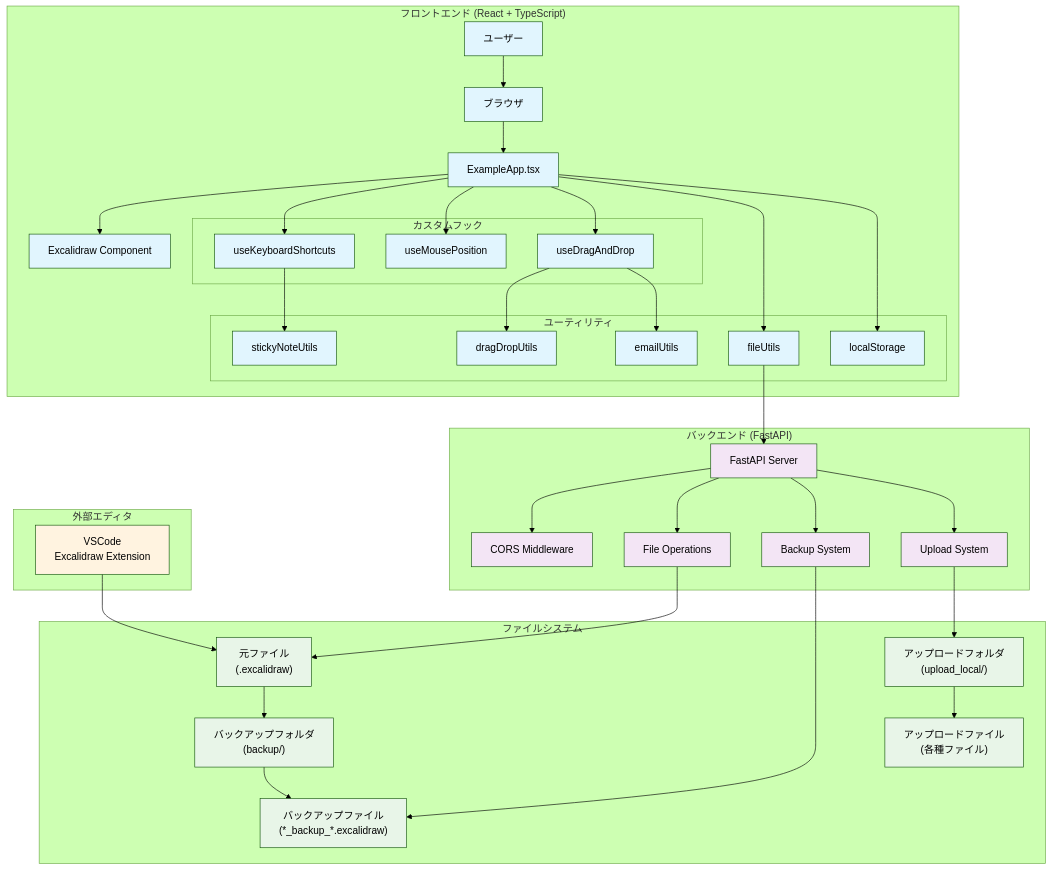
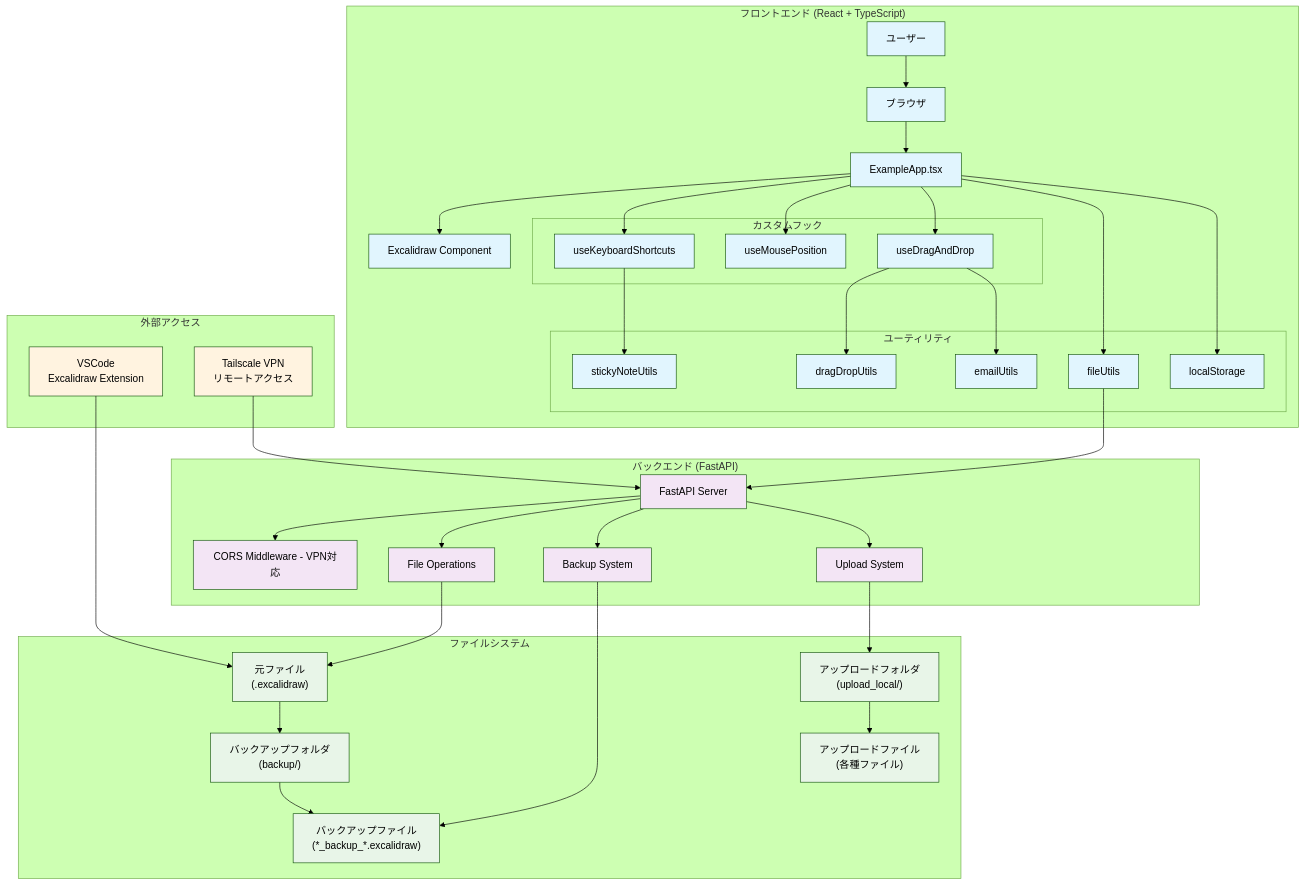
One commit to myao9494/excalidraw_myao9494 changed the first of 6 diagrams in docs/architecture.md. Above: the diagram before and after it, drawn with Mermaid (forest theme). The commit also changed 5 other files, not shown here.

````diff
--- a/docs/architecture.md
+++ b/docs/architecture.md
@@ -5,78 +5,80 @@
 ```mermaid
 graph TB
     subgraph "フロントエンド (React + TypeScript)"
         A[ユーザー] --> B[ブラウザ]
         B --> C[ExampleApp.tsx]
         C --> D[Excalidraw Component]
         
         subgraph "カスタムフック"
             E[useKeyboardShortcuts]
             F[useMousePosition]
             G[useDragAndDrop]
         end
         
         subgraph "ユーティリティ"
             H[stickyNoteUtils]
             I[fileUtils]
             J[localStorage]
             K[dragDropUtils]
             L[emailUtils]
         end
         
         C --> E
         C --> F
         C --> G
         E --> H
         G --> K
         G --> L
         C --> I
         C --> J
     end
     
     subgraph "バックエンド (FastAPI)"
         M[FastAPI Server]
-        N[CORS Middleware]
+        N[CORS Middleware - VPN対応]
         O[File Operations]
         P[Backup System]
         Q[Upload System]
         
         M --> N
         M --> O
         M --> P
         M --> Q
     end
     
     subgraph "ファイルシステム"
         R["元ファイル<br/>(.excalidraw)"]
         S["バックアップフォルダ<br/>(backup/)"]
         T["バックアップファイル<br/>(*_backup_*.excalidraw)"]
         U["アップロードフォルダ<br/>(upload_local/)"]
         V["アップロードファイル<br/>(各種ファイル)"]
         
         R --> S
         S --> T
         U --> V
     end
     
-    subgraph "外部エディタ"
+    subgraph "外部アクセス"
         W["VSCode<br/>Excalidraw Extension"]
+        X["Tailscale VPN<br/>リモートアクセス"]
     end
     
     %% 接続関係
     I --> M
     O --> R
     P --> T
     Q --> U
     W --> R
+    X --> M
     
     %% スタイル
     classDef frontend fill:#e1f5fe
     classDef backend fill:#f3e5f5
     classDef filesystem fill:#e8f5e8
     classDef external fill:#fff3e0
     
     class A,B,C,D,E,F,G,H,I,J,K,L frontend
     class M,N,O,P,Q backend
     class R,S,T,U,V filesystem
-    class W external
+    class W,X external
 ```
````
